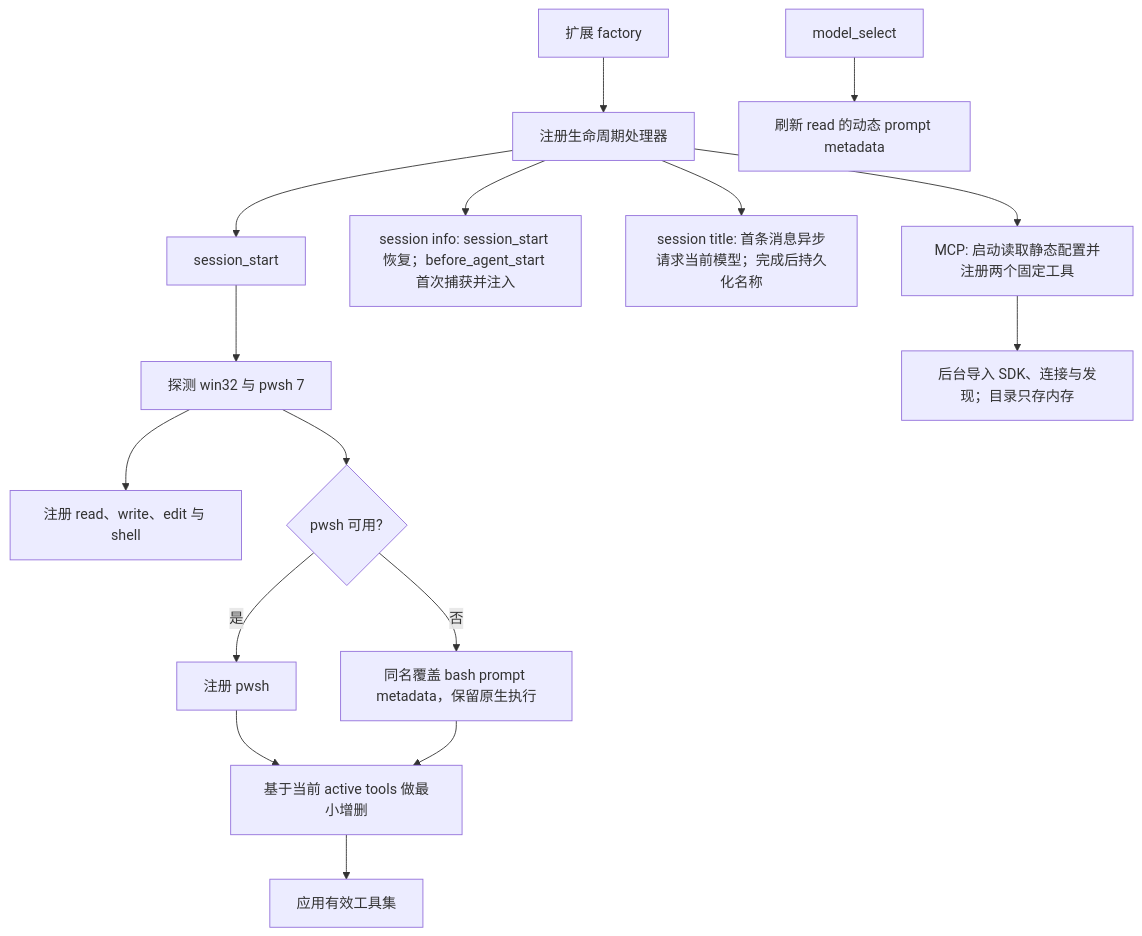
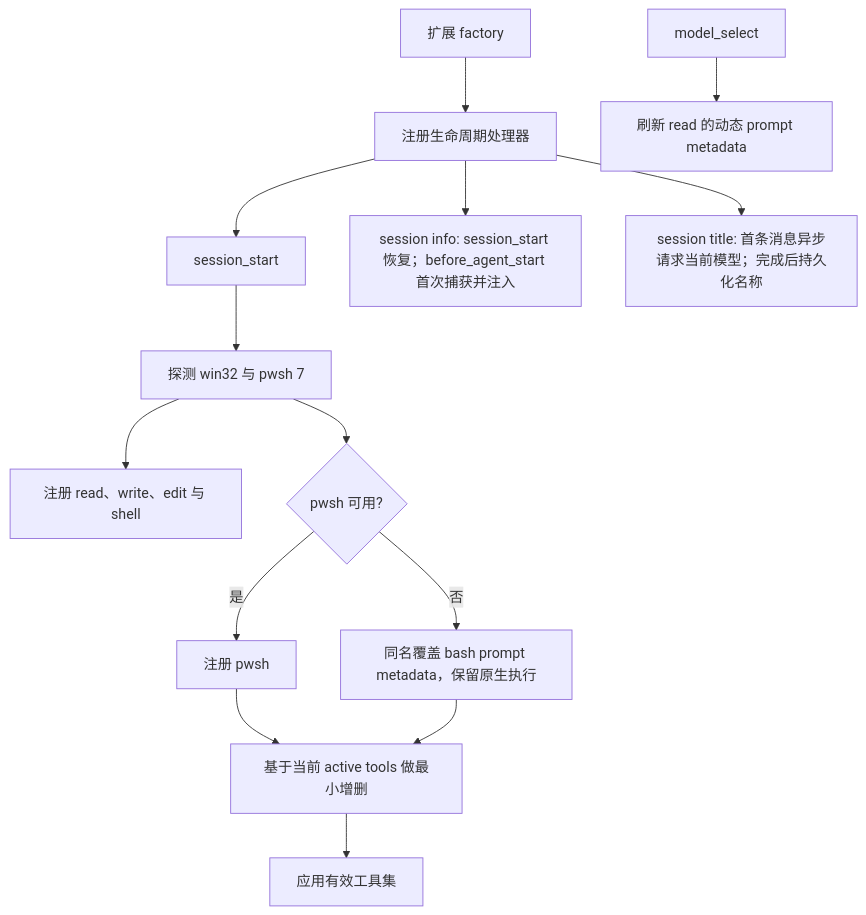
One commit to cha133/pi-enhanced changed the diagram in docs/architecture.md. Above: the diagram before and after it, drawn with Mermaid. The commit also changed other lines of this file and 21 other files, not shown here.

````diff
--- a/docs/architecture.md
+++ b/docs/architecture.md
@@ -34,18 +30,16 @@
 ```mermaid
 flowchart TD
     A["扩展 factory"] --> B["注册生命周期处理器"]
     B --> C["session_start"]
     C --> D["探测 win32 与 pwsh 7"]
     D --> E["注册 read、write、edit 与 shell"]
     D --> F{"pwsh 可用?"}
     F -->|是| G["注册 pwsh"]
     F -->|否| H["同名覆盖 bash prompt metadata，保留原生执行"]
     G --> I["基于当前 active tools 做最小增删"]
     H --> I
     I --> J["应用有效工具集"]
     K["model_select"] --> L["刷新 read 的动态 prompt metadata"]
     B --> M["session info: session_start 恢复；before_agent_start 首次捕获并注入"]
     B --> N["session title: 首条消息异步请求当前模型；完成后持久化名称"]
-    B --> O["MCP: 启动读取静态配置并注册两个固定工具"]
-    O --> P["后台导入 SDK、连接与发现；目录只存内存"]
 ```
````
